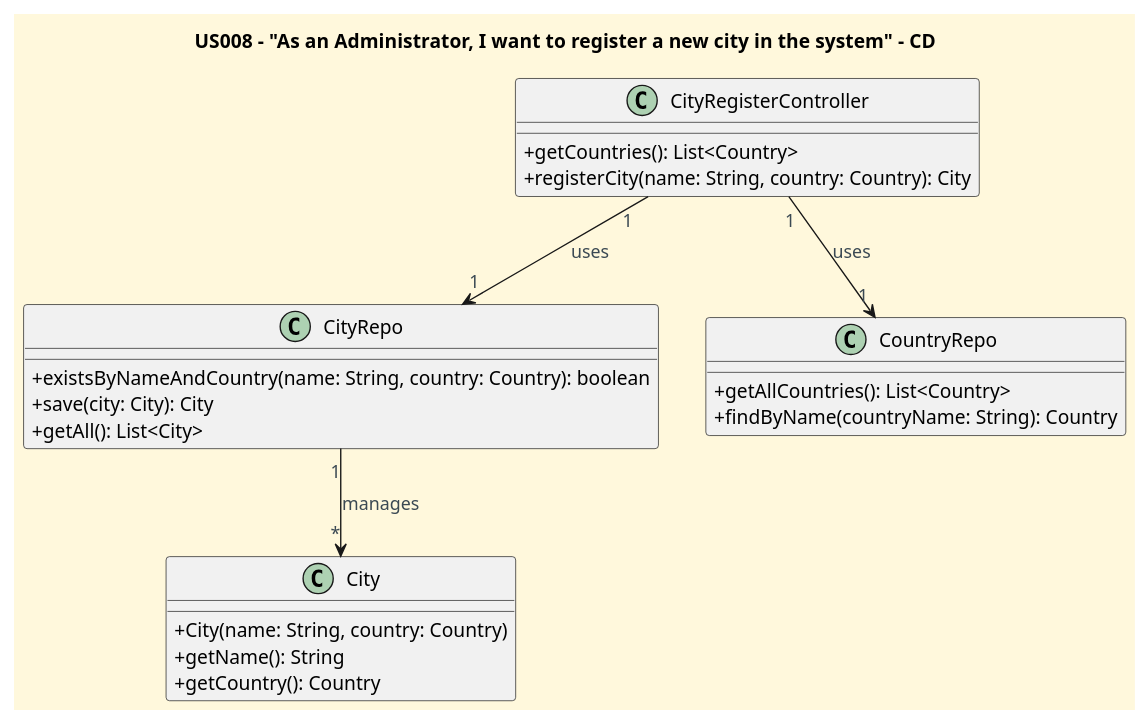
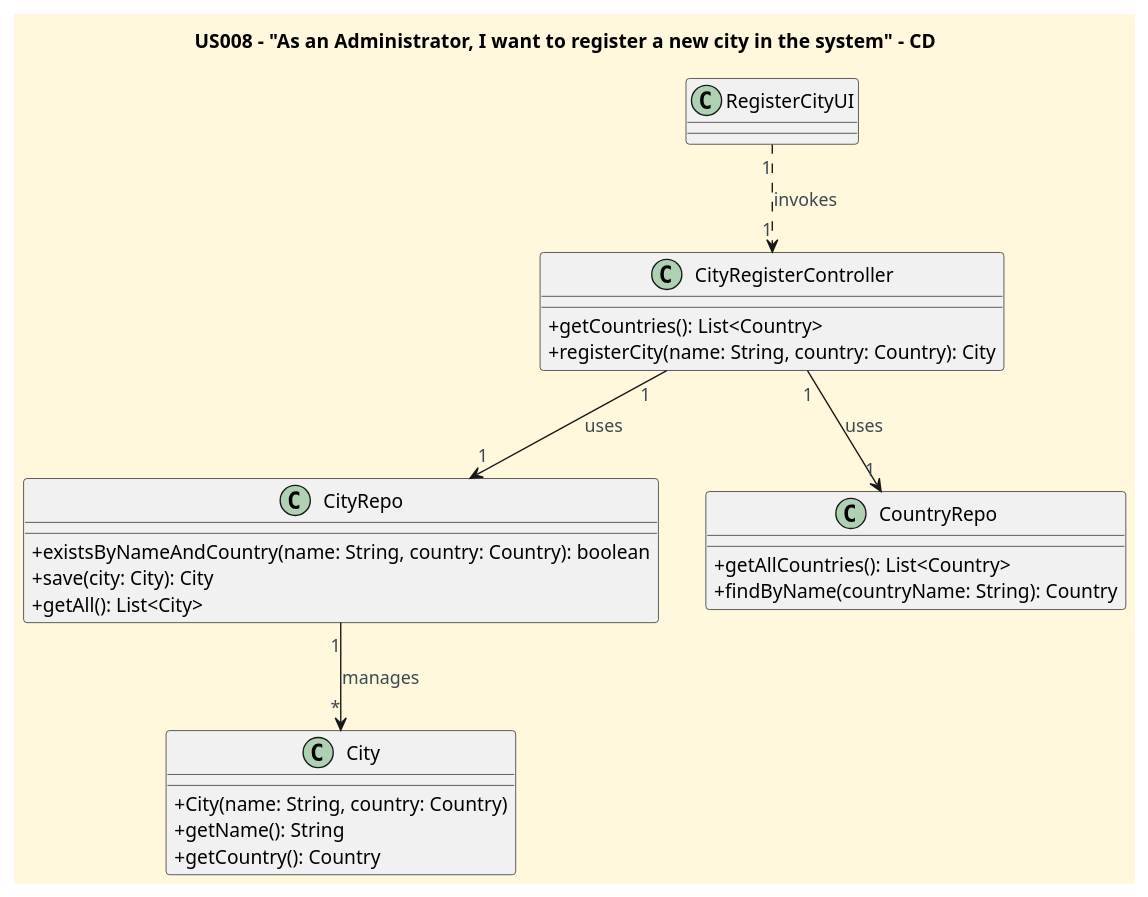
One commit to CarolinaLeite-collab/JavaMarketplacePlatform changed the diagram in docs/userStories/US008/US008_register_a_city_CD.puml. Above: the diagram before and after it, drawn with PlantUML. The commit also changed 3 other files, not shown here.

```diff
--- a/docs/userStories/US008/US008_register_a_city_CD.puml
+++ b/docs/userStories/US008/US008_register_a_city_CD.puml
@@ -1,41 +1,47 @@
 @startuml
 'https://plantuml.com/class-diagram
 title US008 – "As an Administrator, I want to register a new city in the system" – CD
 
 '==== basic style ====
 skinparam monochrome false
 skinparam shadowing false
 skinparam defaultFontName Futura
 skinparam objectFontSize 20
 skinparam backgroundColor CornSilk
 skinparam objectBackgroundColor WhiteSmoke
 skinparam noteBackgroundColor #FFFFE0
 skinparam ArrowFontColor #3B4953
 skinparam classAttributeIconSize 0
+
+
+class RegisterCityUI {
+
+}
 
 class City {
   + City(name: String, country: Country)
   + getName(): String
   + getCountry(): Country
 }
 
 class CityRepo {
   + existsByNameAndCountry(name: String, country: Country): boolean
   + save(city: City): City
   + getAll(): List<City>
 }
 
 class CountryRepo {
   + getAllCountries(): List<Country>
   + findByName(countryName: String): Country
 }
 
 class CityRegisterController {
   + getCountries(): List<Country>
   + registerCity(name: String, country: Country): City
 }
 
+RegisterCityUI "1" ..> "1" CityRegisterController : invokes
 CityRegisterController "1" --> "1" CountryRepo : uses
 CityRegisterController "1" --> "1" CityRepo : uses
 CityRepo "1" --> "*" City : manages
 @enduml
```
